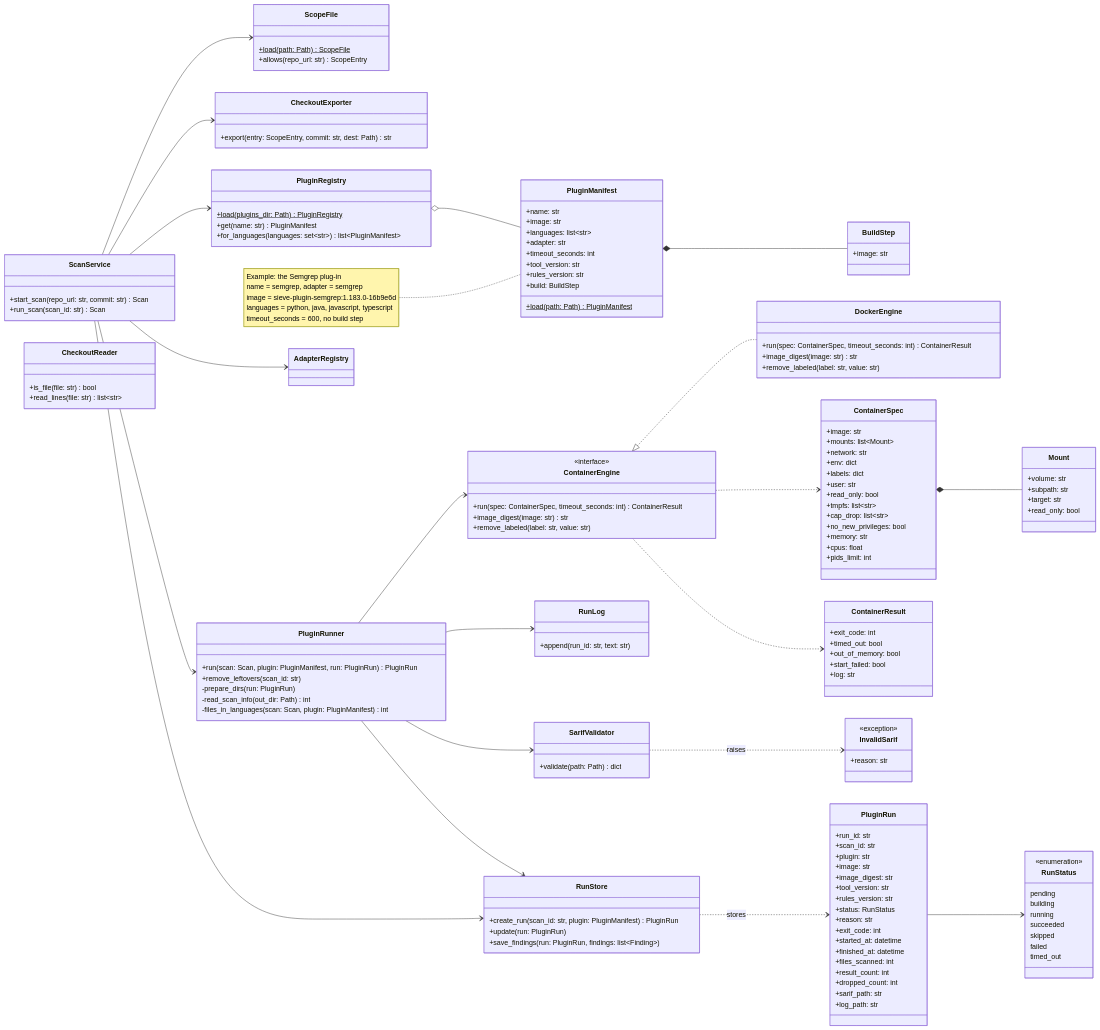
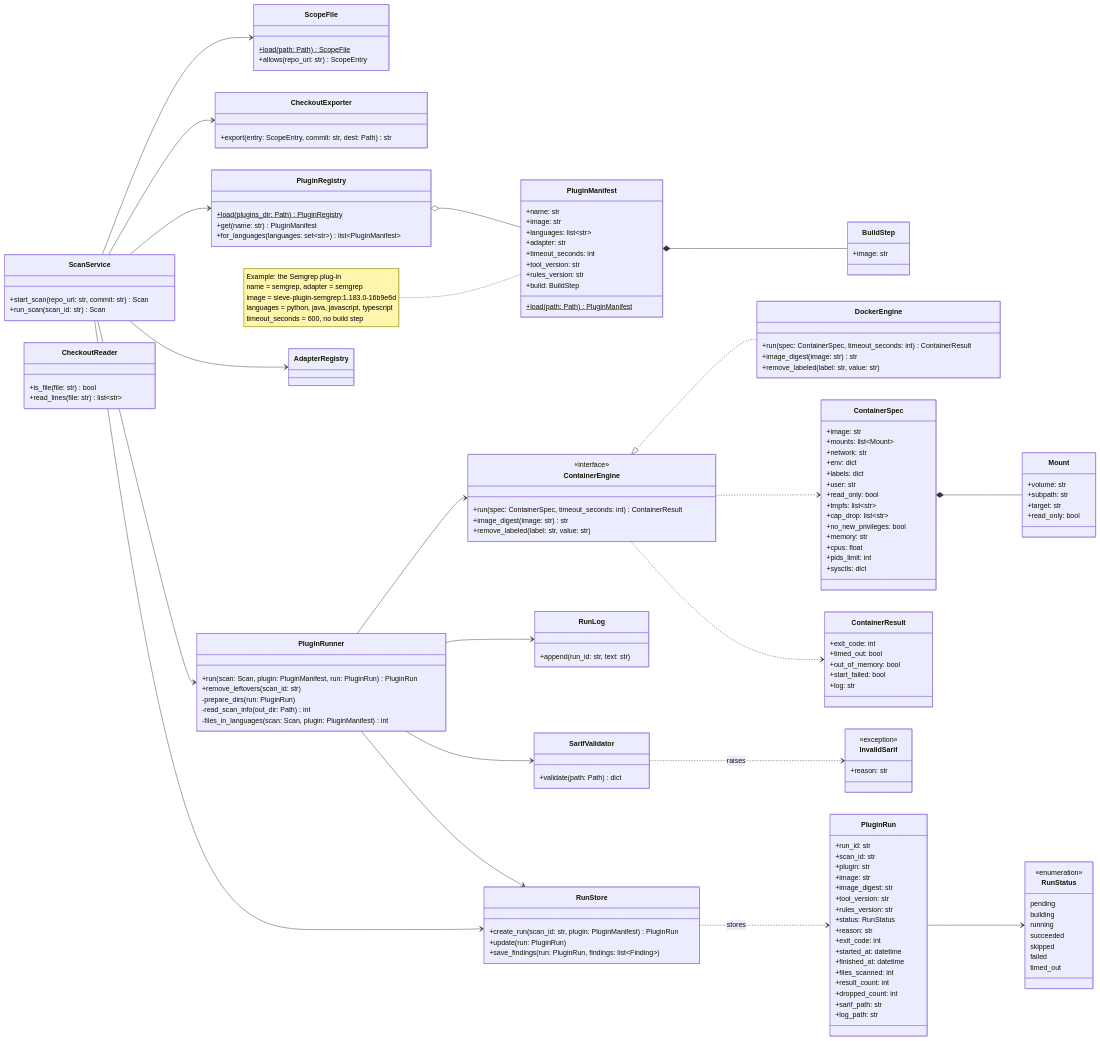
Before and after one commit to sieve-ku-comp491/sieve: the first of 5 diagrams in docs/class-diagrams.md, drawn with Mermaid. The commit also changed 7 other files, not shown here.

```diff
--- a/docs/class-diagrams.md
+++ b/docs/class-diagrams.md
@@ -85,6 +85,7 @@
     +memory: str
     +cpus: float
     +pids_limit: int
+    +sysctls: dict
   }
   class Mount {
     +volume: str
```
